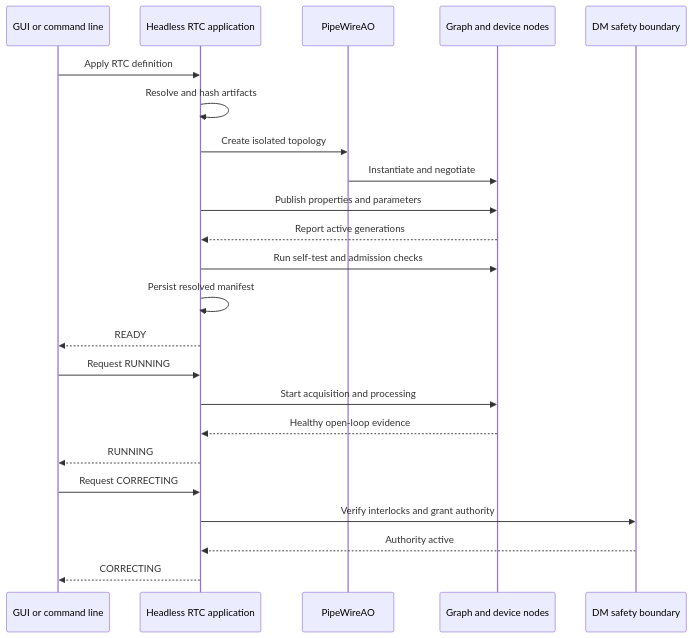
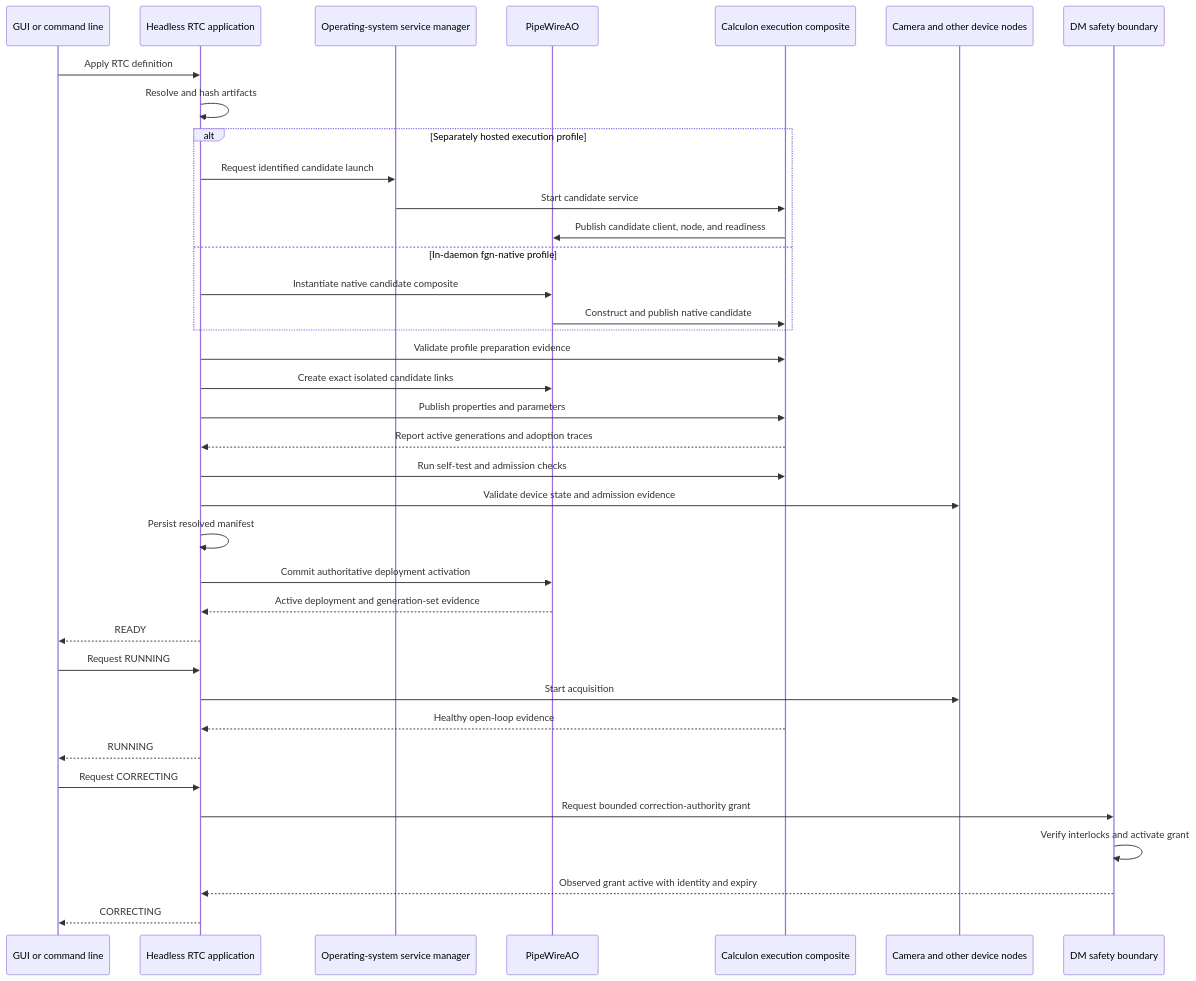
One commit to DarrylGamroth/pipewireao-rtc changed the fourth of 9 diagrams in docs/operations.md. Above: the diagram before and after it, drawn with Mermaid. The commit also changed other lines of this file and 8 other files, not shown here.

Commit message:
docs: define incremental RTC architecture

````diff
--- a/docs/operations.md
+++ b/docs/operations.md
@@ -210,26 +1073,40 @@
 ```mermaid
 sequenceDiagram
     participant Client as GUI or command line
     participant RTC as Headless RTC application
+    participant Service as Operating-system service manager
     participant PW as PipeWireAO
-    participant Node as Graph and device nodes
+    participant Composite as Calculon execution composite
+    participant Device as Camera and other device nodes
     participant DM as DM safety boundary
 
     Client->>RTC: Apply RTC definition
     RTC->>RTC: Resolve and hash artifacts
-    RTC->>PW: Create isolated topology
-    PW->>Node: Instantiate and negotiate
-    RTC->>Node: Publish properties and parameters
-    Node-->>RTC: Report active generations
-    RTC->>Node: Run self-test and admission checks
+    alt Separately hosted execution profile
+        RTC->>Service: Request identified candidate launch
+        Service->>Composite: Start candidate service
+        Composite->>PW: Publish candidate client, node, and readiness
+    else In-daemon fgn-native profile
+        RTC->>PW: Instantiate native candidate composite
+        PW->>Composite: Construct and publish native candidate
+    end
+    RTC->>Composite: Validate profile preparation evidence
+    RTC->>PW: Create exact isolated candidate links
+    RTC->>Composite: Publish properties and parameters
+    Composite-->>RTC: Report active generations and adoption traces
+    RTC->>Composite: Run self-test and admission checks
+    RTC->>Device: Validate device state and admission evidence
     RTC->>RTC: Persist resolved manifest
+    RTC->>PW: Commit authoritative deployment activation
+    PW-->>RTC: Active deployment and generation-set evidence
     RTC-->>Client: READY
     Client->>RTC: Request RUNNING
-    RTC->>Node: Start acquisition and processing
-    Node-->>RTC: Healthy open-loop evidence
+    RTC->>Device: Start acquisition
+    Composite-->>RTC: Healthy open-loop evidence
     RTC-->>Client: RUNNING
     Client->>RTC: Request CORRECTING
-    RTC->>DM: Verify interlocks and grant authority
-    DM-->>RTC: Authority active
+    RTC->>DM: Request bounded correction-authority grant
+    DM->>DM: Verify interlocks and activate grant
+    DM-->>RTC: Observed grant active with identity and expiry
     RTC-->>Client: CORRECTING
 ```
````
